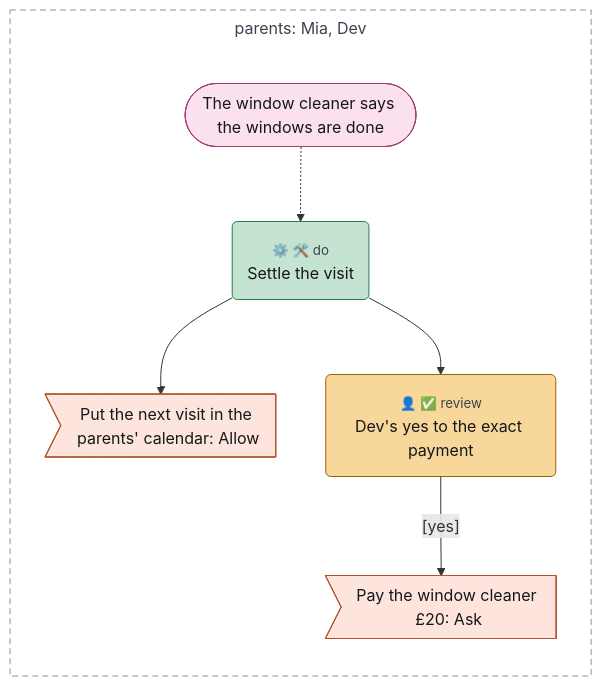
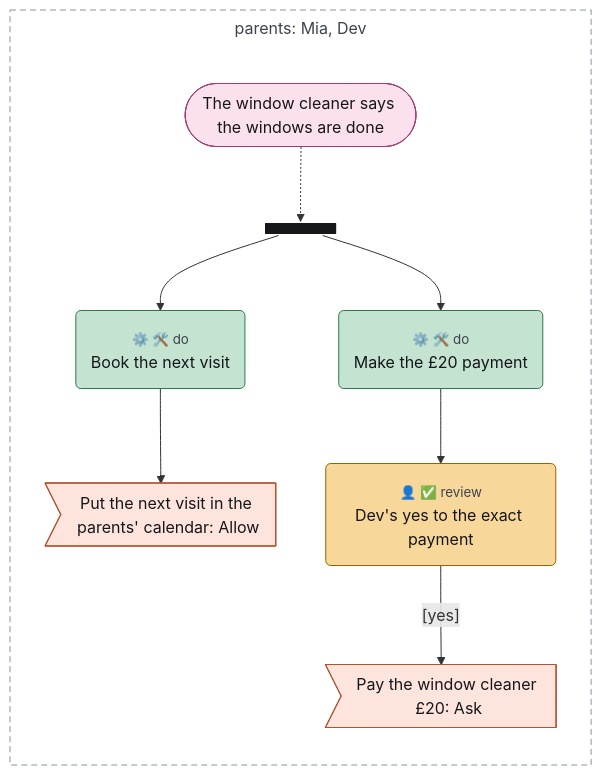
One commit to chrismdp/awml changed the diagram in examples/tour/11-do.mmd. Above: the diagram before and after it, drawn with Mermaid. The commit also changed 21 other files, not shown here.

```diff
--- a/examples/tour/11-do.mmd
+++ b/examples/tour/11-do.mmd
@@ -1,39 +1,44 @@
 ---
 config:
   theme: default
   fontFamily: Inter, sans-serif
   flowchart:
     useMaxWidth: false
     subGraphTitleMargin:
       top: 6
       bottom: 30
 ---
 flowchart TB
   subgraph parents["parents#58; Mia#44; Dev"]
     direction TB
     done(["The window cleaner says the windows are done"])
-    settle("<small style='color:rgb(61,67,79)'>⚙️ 🛠️ do</small><br>Settle the visit")
+    split@{ shape: fork, label: "" }
+    book_next("<small style='color:rgb(61,67,79)'>⚙️ 🛠️ do</small><br>Book the next visit")
     book>"Put the next visit in the parents#39; calendar#58; Allow"]
+    make_payment("<small style='color:rgb(61,67,79)'>⚙️ 🛠️ do</small><br>Make the £20 payment")
     approve("<small style='color:rgb(61,67,79)'>👤 ✅ review</small><br>Dev#39;s yes to the exact payment")
     pay>"Pay the window cleaner £20#58; Ask"]
   end
 
-  done -.-> settle
-  settle --> book
-  settle --> approve
+  done -.-> split
+  split --> book_next
+  book_next --> book
+  split --> make_payment
+  make_payment --> approve
   approve -->|"#91;yes#93;"| pay
   classDef trig fill:#fbe1ee,stroke:#a33a74,color:#16171b
   classDef ctx fill:#e2eef9,stroke:#3d6fa3,color:#16171b
   classDef con fill:#eceef2,stroke:#5d6472,color:#16171b
   classDef surf fill:#ffffff,stroke:#2a2d35,stroke-width:1.5px,color:#16171b
   classDef out fill:#fde4dc,stroke:#b5532f,color:#16171b
   classDef ai fill:#cdd3fb,stroke:#3b4bb0,color:#16171b
   classDef code fill:#c4e3d1,stroke:#2b7a4f,color:#16171b
   classDef person fill:#f7d79a,stroke:#9a6100,color:#16171b
   classDef uml fill:#16171b,stroke:#16171b,color:#16171b
   classDef gap fill:#ffffff,stroke:#8a93a3,stroke-dasharray:4 3,color:#6b7280
   class done trig
   class book,pay out
-  class settle code
+  class book_next,make_payment code
   class approve person
+  class split uml
   style parents fill:transparent,stroke:#8a93a3,stroke-dasharray:6 4,color:#3d434f
```
